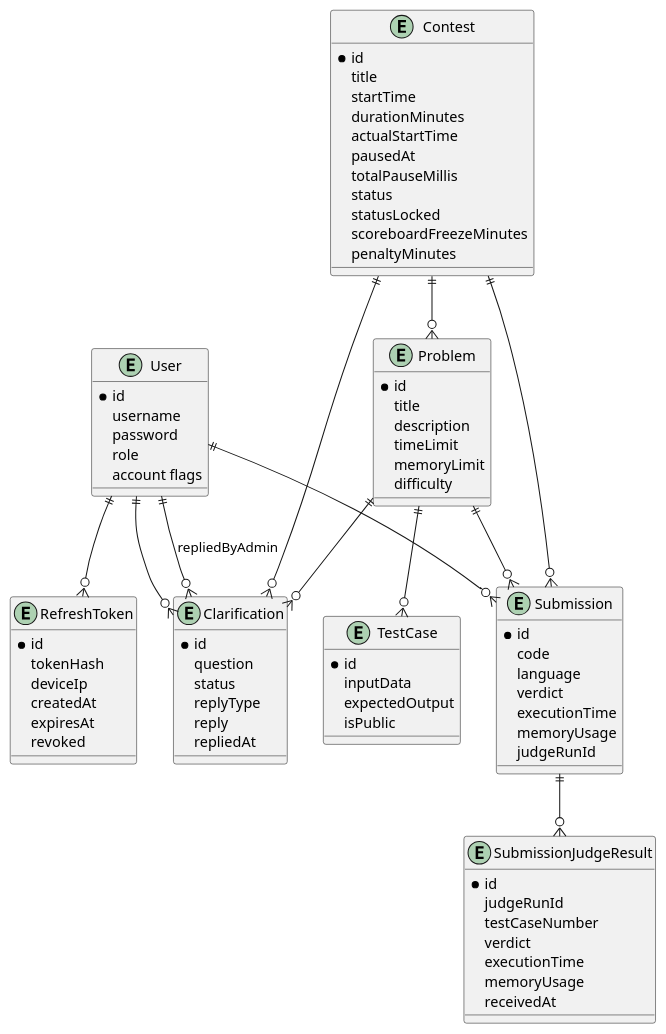
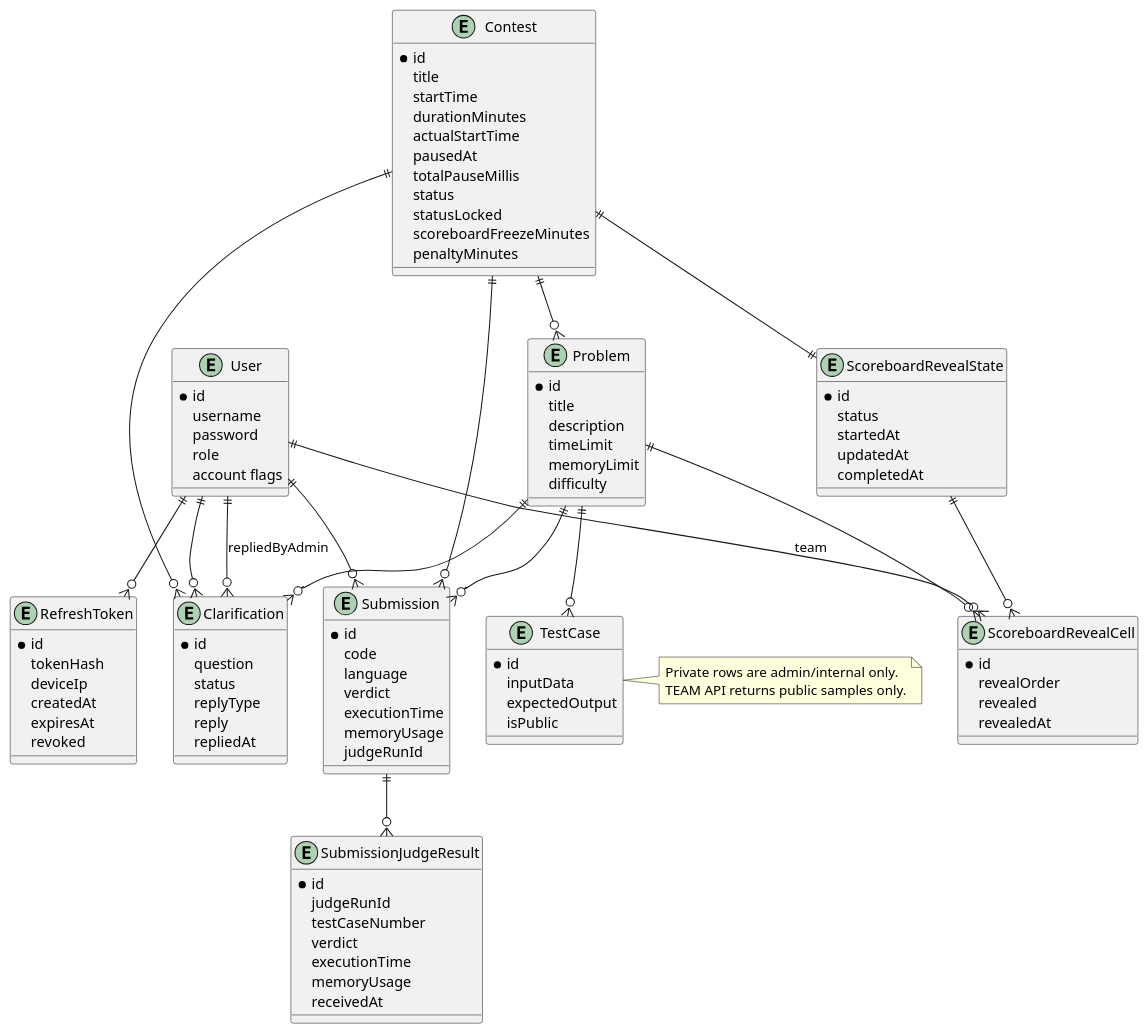
Before and after one commit to AuraC-graduate-project/AuraC2: diagram 15 of 17 in docs/report-rebuild/diagram-prompts.md, drawn with PlantUML. The commit also changed other lines of this file and 29 other files, not shown here.

````diff
--- a/docs/report-rebuild/diagram-prompts.md
+++ b/docs/report-rebuild/diagram-prompts.md
@@ -676,6 +676,19 @@
   memoryUsage
   receivedAt
 }
+entity ScoreboardRevealState {
+  * id
+  status
+  startedAt
+  updatedAt
+  completedAt
+}
+entity ScoreboardRevealCell {
+  * id
+  revealOrder
+  revealed
+  revealedAt
+}
 User ||--o{ RefreshToken
 Contest ||--o{ Problem
 Problem ||--o{ TestCase
@@ -687,5 +700,13 @@
 User ||--o{ Clarification
 Problem ||--o{ Clarification
 User ||--o{ Clarification : repliedByAdmin
+Contest ||--|| ScoreboardRevealState
+ScoreboardRevealState ||--o{ ScoreboardRevealCell
+User ||--o{ ScoreboardRevealCell : team
+Problem ||--o{ ScoreboardRevealCell
+note right of TestCase
+Private rows are admin/internal only.
+TEAM API returns public samples only.
+end note
 @enduml
 ```
````
